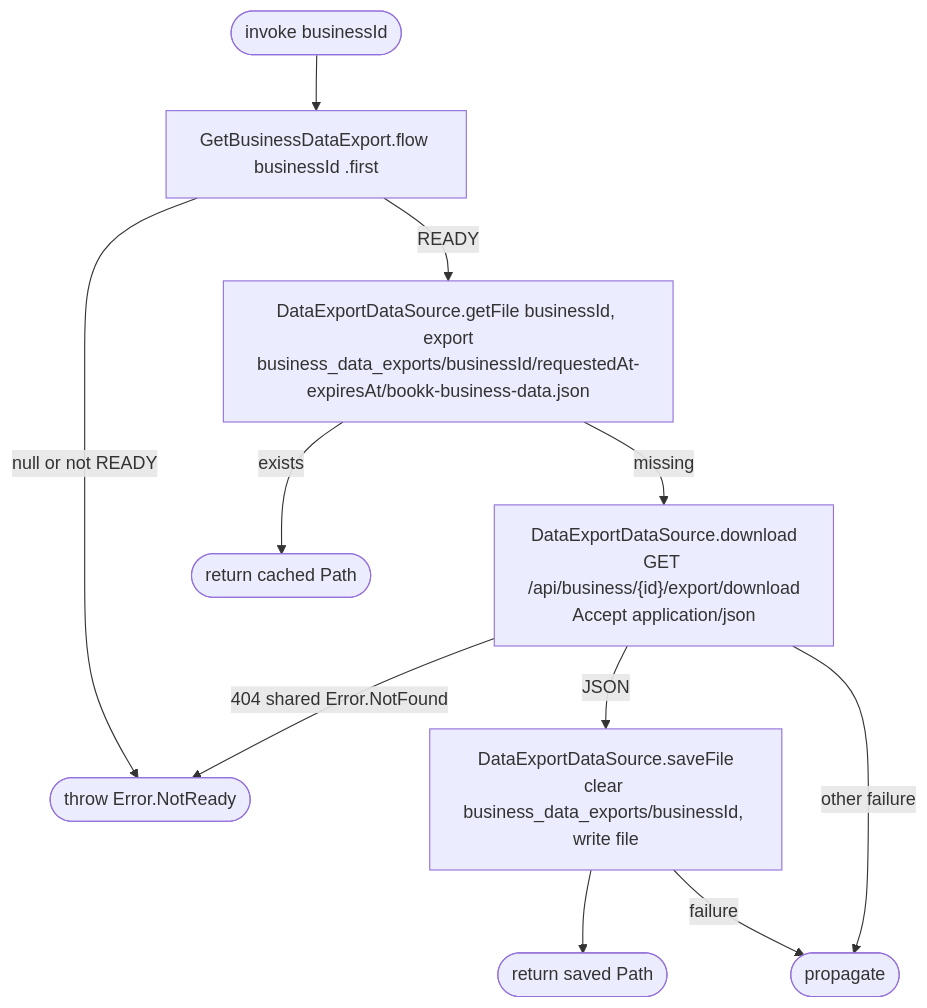
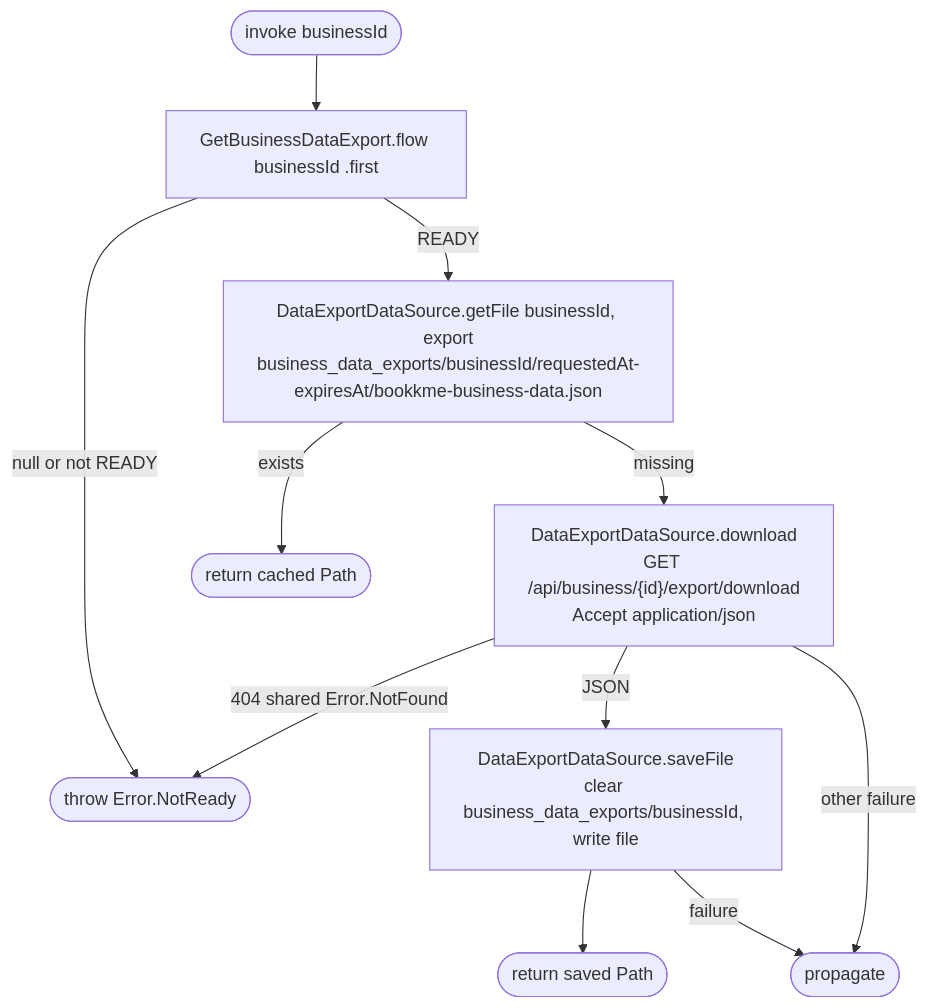
One commit to nocturneproperties/bookkme-client changed the diagram in docs/operations/business/download-business-data-export.md. Above: the diagram before and after it, drawn with Mermaid. The commit also changed 28 other files, not shown here.

````diff
--- a/docs/operations/business/download-business-data-export.md
+++ b/docs/operations/business/download-business-data-export.md
@@ -8,13 +8,13 @@
 ```mermaid
 flowchart TD
     Start([invoke businessId]) --> Status[GetBusinessDataExport.flow businessId .first]
     Status -- null or not READY --> NotReady([throw Error.NotReady])
-    Status -- READY --> Cached[DataExportDataSource.getFile businessId, export<br/>business_data_exports/businessId/requestedAt-expiresAt/bookk-business-data.json]
+    Status -- READY --> Cached[DataExportDataSource.getFile businessId, export<br/>business_data_exports/businessId/requestedAt-expiresAt/bookkme-business-data.json]
     Cached -- exists --> Path([return cached Path])
     Cached -- missing --> Net["DataExportDataSource.download<br/>GET /api/business/{id}/export/download<br/>Accept application/json"]
     Net -- 404 shared Error.NotFound --> NotReady
     Net -- JSON --> Save[DataExportDataSource.saveFile<br/>clear business_data_exports/businessId, write file]
     Save --> Saved([return saved Path])
     Net -- other failure --> Other([propagate])
     Save -- failure --> Other
 ```
````
